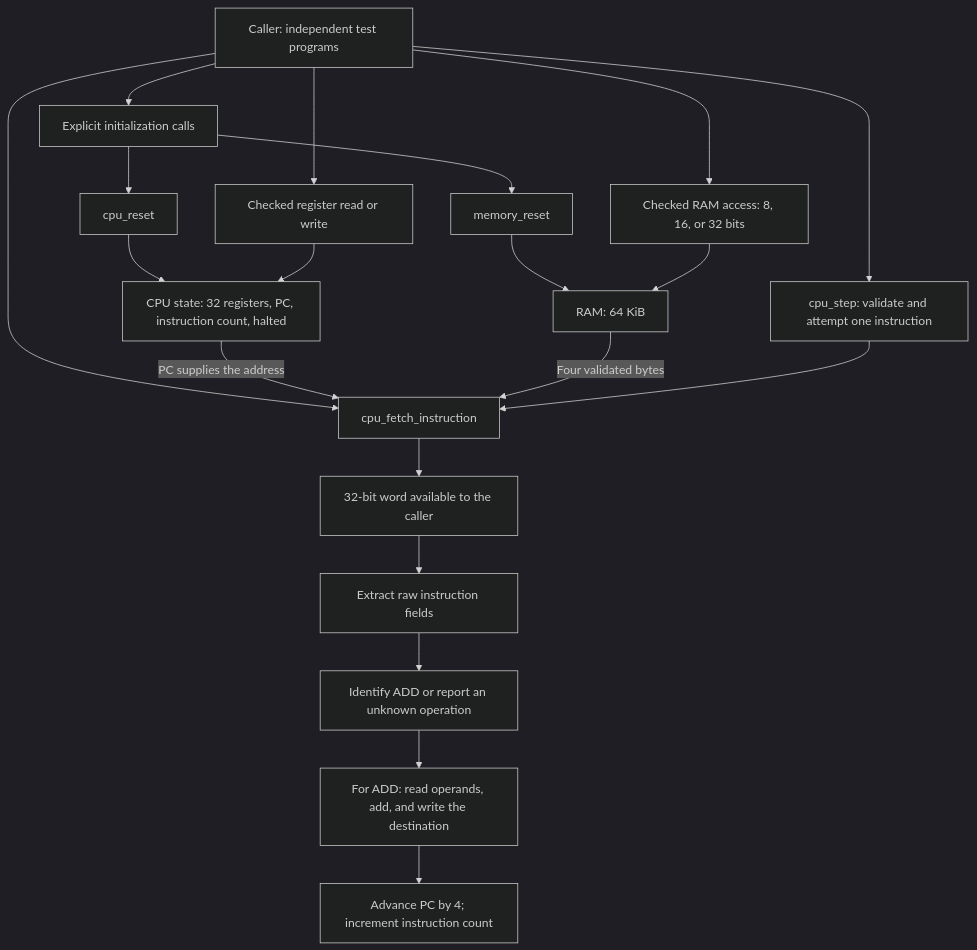
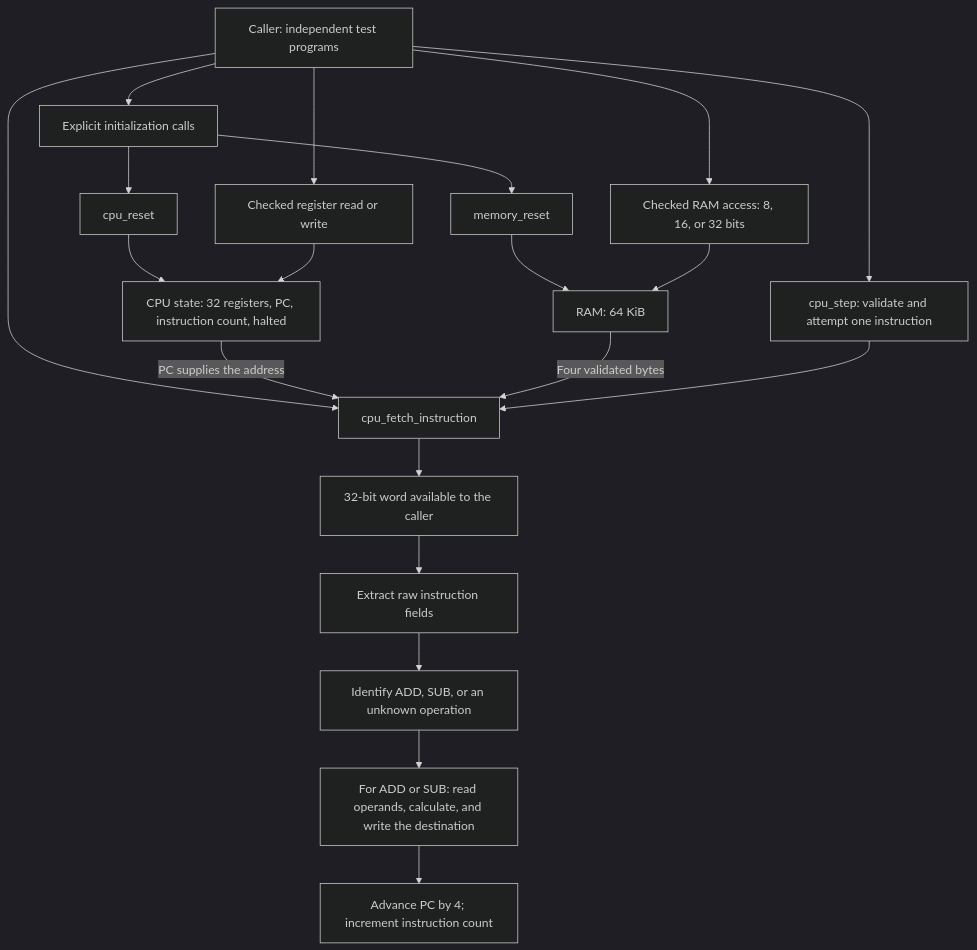
Before and after one commit to IcaroRamosDM/riscv32-simulator: the first of 8 diagrams in docs/FLOWCHARTS.md, drawn with Mermaid (dark theme). The commit also changed other lines of this file and 9 other files, not shown here.

````diff
--- a/docs/FLOWCHARTS.md
+++ b/docs/FLOWCHARTS.md
@@ -9,22 +9,22 @@
 ```mermaid
 flowchart TD
     CALL["Caller: independent test programs"] --> INIT["Explicit initialization calls"]
     INIT --> CR["cpu_reset"]
     INIT --> MR["memory_reset"]
     CR --> CPU["CPU state: 32 registers, PC, instruction count, halted"]
     MR --> RAM["RAM: 64 KiB"]
     CALL --> REG["Checked register read or write"]
     REG --> CPU
     CALL --> MEM["Checked RAM access: 8, 16, or 32 bits"]
     MEM --> RAM
     CALL --> FETCH["cpu_fetch_instruction"]
     CPU -->|"PC supplies the address"| FETCH
     RAM -->|"Four validated bytes"| FETCH
     FETCH --> WORD["32-bit word available to the caller"]
     WORD --> FIELDS["Extract raw instruction fields"]
-    FIELDS --> DEC["Identify ADD or report an unknown operation"]
-    DEC --> EXEC["For ADD: read operands, add, and write the destination"]
+    FIELDS --> DEC["Identify ADD, SUB, or an unknown operation"]
+    DEC --> EXEC["For ADD or SUB: read operands, calculate, and write the destination"]
     EXEC --> ADVANCE["Advance PC by 4; increment instruction count"]
     CALL --> STEP["cpu_step: validate and attempt one instruction"]
     STEP --> FETCH
 ```
````
